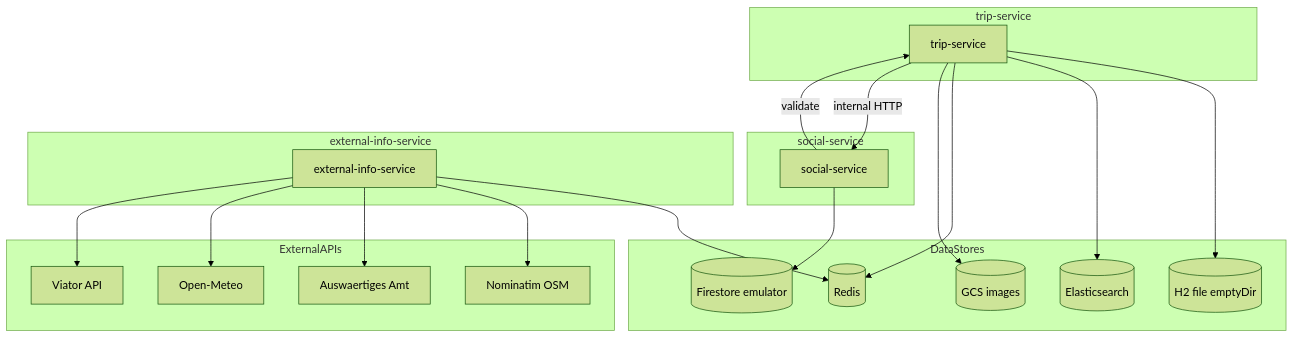
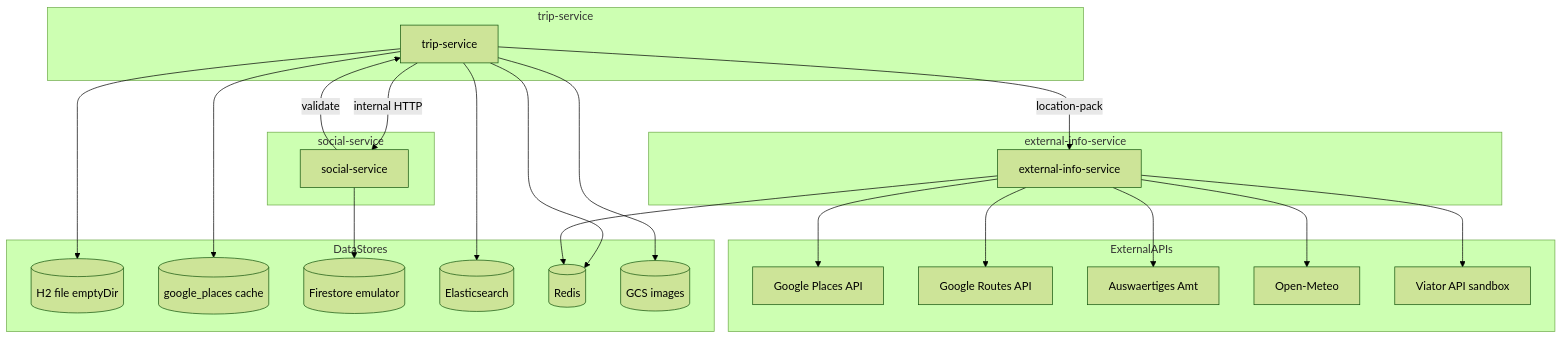
The third of 4 diagrams in docs/gettingstarted/STATE.md (tbd-htwg/backend), drawn with Mermaid (forest theme) before and after one commit. The commit also changed other lines of this file and 12 other files, not shown here.

````diff
--- a/docs/gettingstarted/STATE.md
+++ b/docs/gettingstarted/STATE.md
@@ -168,44 +185,49 @@
 ```mermaid
 flowchart TB
   subgraph TripPod["trip-service"]
     Trip[trip-service]
   end
 
   subgraph SocialPod["social-service"]
     Social[social-service]
   end
 
   subgraph ExtPod["external-info-service"]
     Ext[external-info-service]
   end
 
   subgraph DataStores
     H2[(H2 file emptyDir)]
+    GP[(google_places cache)]
     FSE[(Firestore emulator)]
     ES[(Elasticsearch)]
     Redis[(Redis)]
     GCS[(GCS images)]
   end
 
   subgraph ExternalAPIs
-    Nominatim[Nominatim OSM]
+    Places[Google Places API]
+    Routes[Google Routes API]
     Amt[Auswaertiges Amt]
     Meteo[Open-Meteo]
-    Viator[Viator API]
+    Viator[Viator API sandbox]
   end
 
   Trip --> H2
+  Trip --> GP
   Trip --> ES
   Trip --> Redis
   Trip --> GCS
   Trip -->|internal HTTP| Social
+  Trip -->|location-pack| Ext
 
   Social --> FSE
   Social -->|validate| Trip
 
   Ext --> Redis
-  Ext --> Nominatim
+  Ext --> Places
+  Ext --> Routes
   Ext --> Amt
   Ext --> Meteo
   Ext --> Viator
 ```
````
